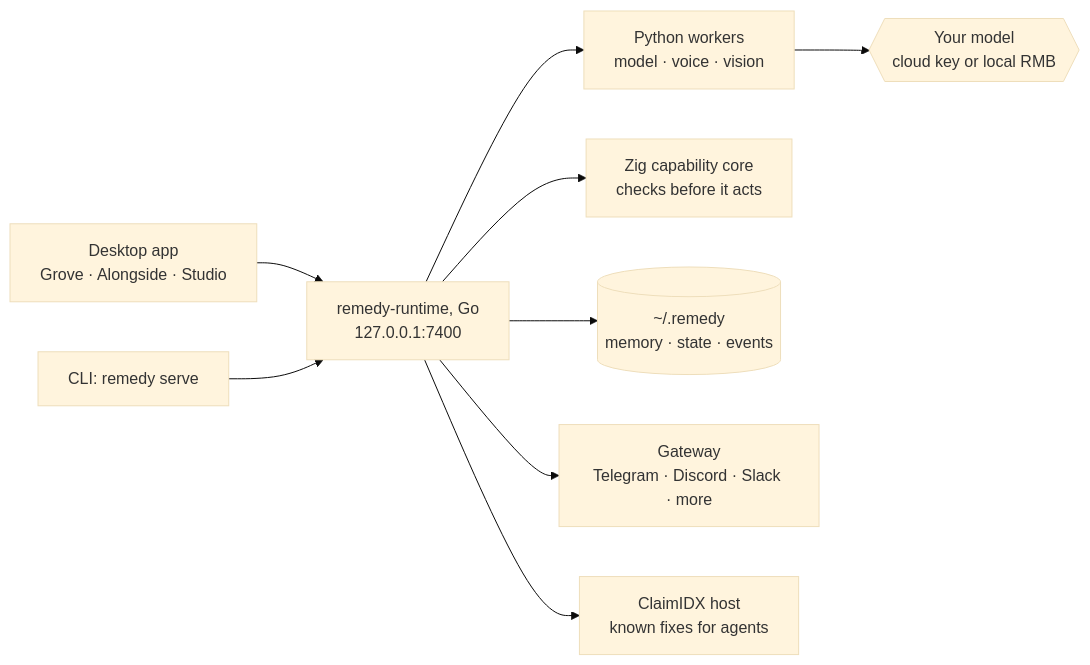
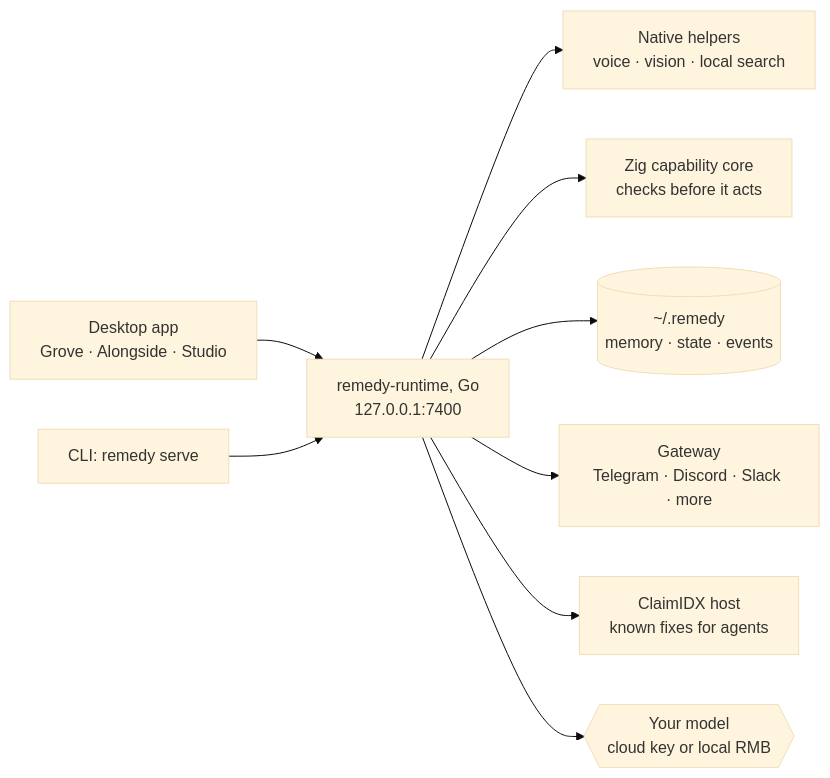
One commit to AhmiDarrow/RemedyAI changed the diagram in README.md. Above: the diagram before and after it, drawn with Mermaid (base theme). The commit also changed 4 other files, not shown here.

Commit message:
Docs say the runtime starts no Python; unreleased notes leave the changelog

````diff
--- a/README.md
+++ b/README.md
@@ -63,11 +63,11 @@
 ```mermaid
 flowchart LR
   desk[Desktop app<br/>Grove · Alongside · Studio] --> rt
   cli["CLI: remedy serve"] --> rt
-  rt[remedy-runtime, Go<br/>127.0.0.1:7400] --> workers[Python workers<br/>model · voice · vision]
+  rt[remedy-runtime, Go<br/>127.0.0.1:7400] --> helpers[Native helpers<br/>voice · vision · local search]
   rt --> zig[Zig capability core<br/>checks before it acts]
   rt --> home[(~/.remedy<br/>memory · state · events)]
   rt --> gw[Gateway<br/>Telegram · Discord · Slack · more]
   rt --> claim[ClaimIDX host<br/>known fixes for agents]
-  workers --> model{{Your model<br/>cloud key or local RMB}}
+  rt --> model{{Your model<br/>cloud key or local RMB}}
 ```
````
